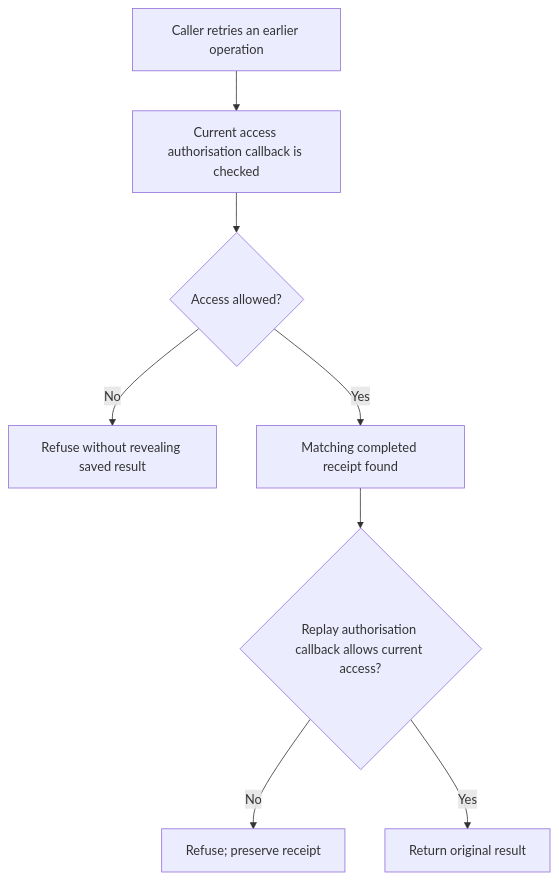
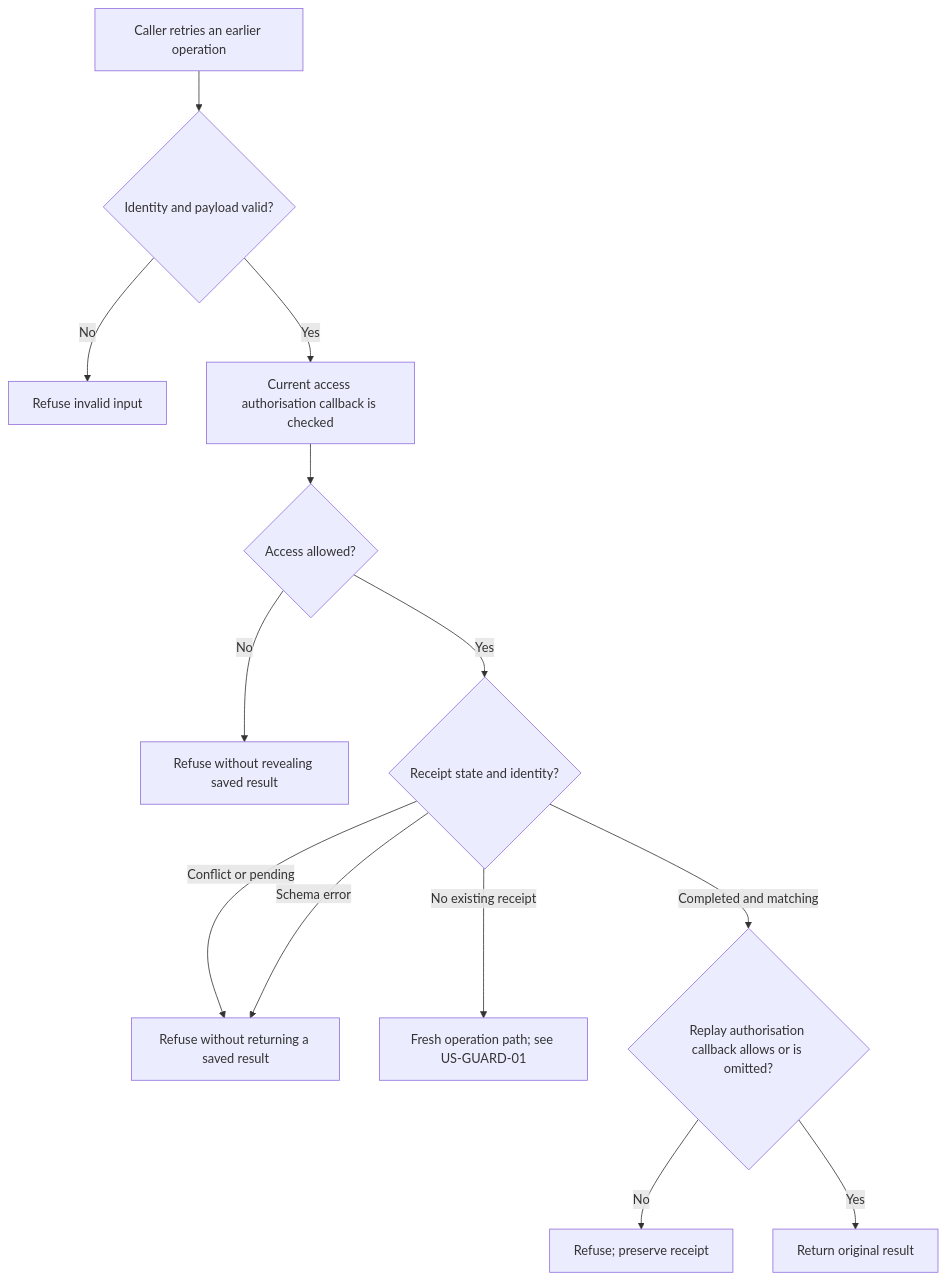
Before and after one commit to Kevinjohn/oss-adonisjs-duplicate-request-guard: the first of 2 diagrams in user-stories/US-GUARD-03-authorize-replay.md, drawn with Mermaid. The commit also changed other lines of this file and 9 other files, not shown here.

````diff
--- a/user-stories/US-GUARD-03-authorize-replay.md
+++ b/user-stories/US-GUARD-03-authorize-replay.md
@@ -21,10 +23,15 @@
 ```mermaid
 flowchart TD
-    A["Caller retries an earlier operation"] --> B["Current access authorisation callback is checked"]
+    A["Caller retries an earlier operation"] --> V{"Identity and payload valid?"}
+    V -->|No| X["Refuse invalid input"]
+    V -->|Yes| B["Current access authorisation callback is checked"]
     B --> C{"Access allowed?"}
     C -->|No| D["Refuse without revealing saved result"]
-    C -->|Yes| E["Matching completed receipt found"]
-    E --> F{"Replay authorisation callback allows current access?"}
+    C -->|Yes| E{"Receipt state and identity?"}
+    E -->|Conflict or pending| I["Refuse without returning a saved result"]
+    E -->|Schema error| I
+    E -->|No existing receipt| J["Fresh operation path; see US-GUARD-01"]
+    E -->|Completed and matching| F{"Replay authorisation callback allows or is omitted?"}
     F -->|No| G["Refuse; preserve receipt"]
     F -->|Yes| H["Return original result"]
 ```
````
